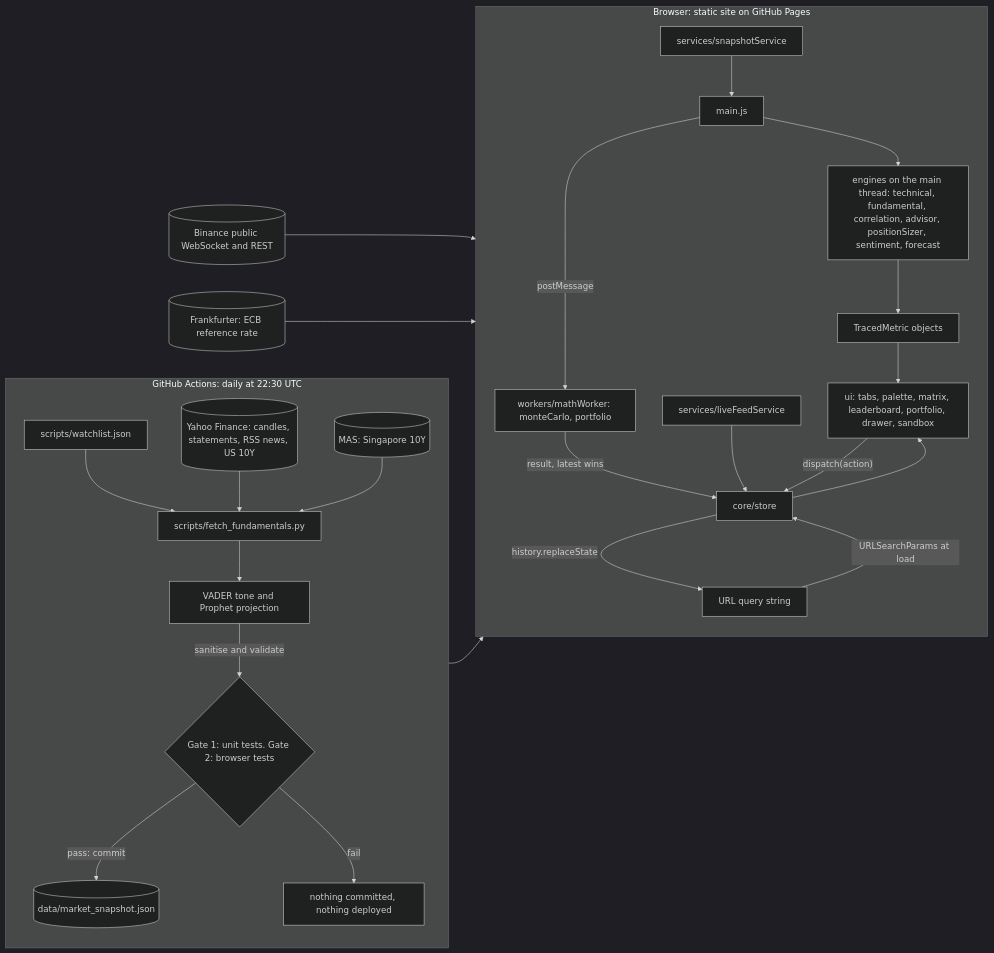
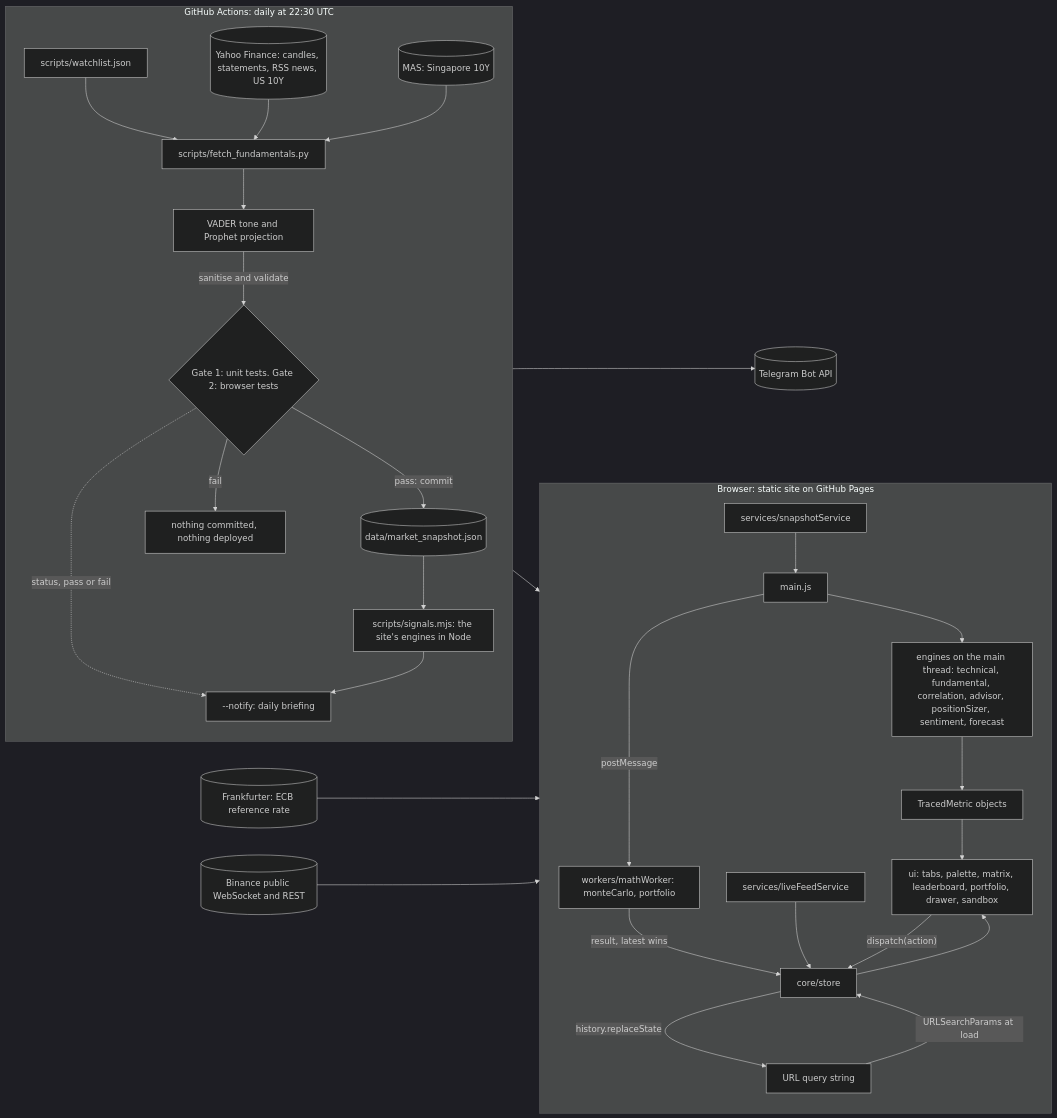
One commit to myc208/quantlens changed the first of 5 diagrams in README.md. Above: the diagram before and after it, drawn with Mermaid (dark theme). The commit also changed other lines of this file and 17 other files, not shown here.

````diff
--- a/README.md
+++ b/README.md
@@ -99,32 +117,36 @@
 ```mermaid
 flowchart LR
   subgraph CI["GitHub Actions: daily at 22:30 UTC"]
     direction TB
     WL["scripts/watchlist.json"] --> PY["scripts/fetch_fundamentals.py"]
     YF[("Yahoo Finance: candles, statements, RSS news, US 10Y")] --> PY
     MAS[("MAS: Singapore 10Y")] --> PY
     PY --> ML["VADER tone and Prophet projection"]
     ML -->|"sanitise and validate"| GATE{"Gate 1: unit tests. Gate 2: browser tests"}
     GATE -->|"pass: commit"| SNAP[("data/market_snapshot.json")]
     GATE -->|"fail"| KEEP["nothing committed, nothing deployed"]
+    SNAP --> SIG["scripts/signals.mjs: the site's engines in Node"]
+    GATE -.->|"status, pass or fail"| TG["--notify: daily briefing"]
+    SIG --> TG
   end
+  TG --> TELE[("Telegram Bot API")]
 
   subgraph WEB["Browser: static site on GitHub Pages"]
     direction TB
     SS["services/snapshotService"] --> MAIN["main.js"]
     MAIN --> ENG["engines on the main thread: technical, fundamental, correlation, advisor, positionSizer, sentiment, forecast"]
     MAIN -->|"postMessage"| WK["workers/mathWorker: monteCarlo, portfolio"]
     WK -->|"result, latest wins"| STORE["core/store"]
     ENG --> TM["TracedMetric objects"]
     LIVE["services/liveFeedService"] --> STORE
     STORE --> UI["ui: tabs, palette, matrix, leaderboard, portfolio, drawer, sandbox"]
     TM --> UI
     UI -->|"dispatch(action)"| STORE
     STORE -->|"history.replaceState"| URL["URL query string"]
     URL -->|"URLSearchParams at load"| STORE
   end
 
   SNAP --> SS
   BIN[("Binance public WebSocket and REST")] --> LIVE
   FX[("Frankfurter: ECB reference rate")] --> LIVE
 ```
````
